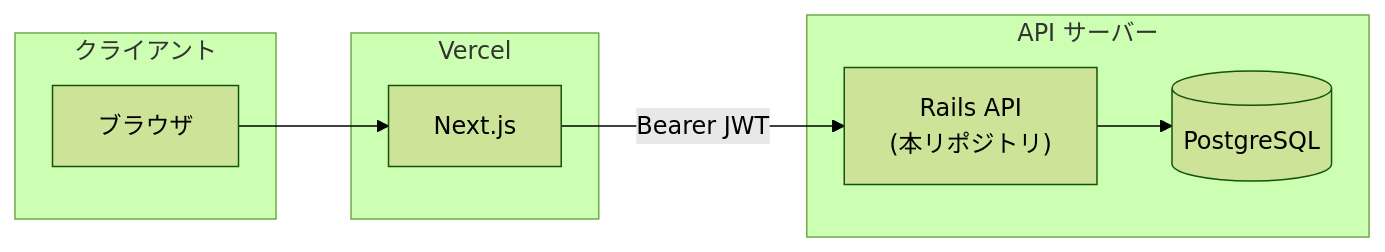
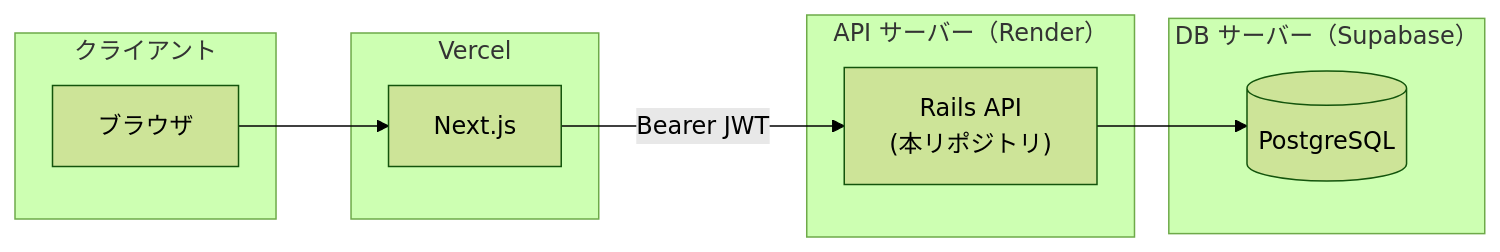
The first of 2 diagrams in README.md (shirait/portfolio-backend), drawn with Mermaid (forest theme) before and after one commit. The commit also changed other lines of this file, not shown here.

Commit message:
README修正

````diff
--- a/README.md
+++ b/README.md
@@ -49,19 +51,22 @@
 ```mermaid
 flowchart LR
   subgraph Client["クライアント"]
     Browser["ブラウザ"]
   end
 
   subgraph Frontend["Vercel"]
     Next["Next.js"]
   end
 
-  subgraph Backend["API サーバー"]
+  subgraph APIServer["API サーバー（Render）"]
     Rails["Rails API\n(本リポジトリ)"]
+  end
+
+  subgraph DBServer["DB サーバー（Supabase）"]
     DB[(PostgreSQL)]
   end
 
   Browser --> Next
-  Next -->|"Bearer JWT\n"| Rails
+  Next -->|"Bearer JWT"| Rails
   Rails --> DB
 ```
````
